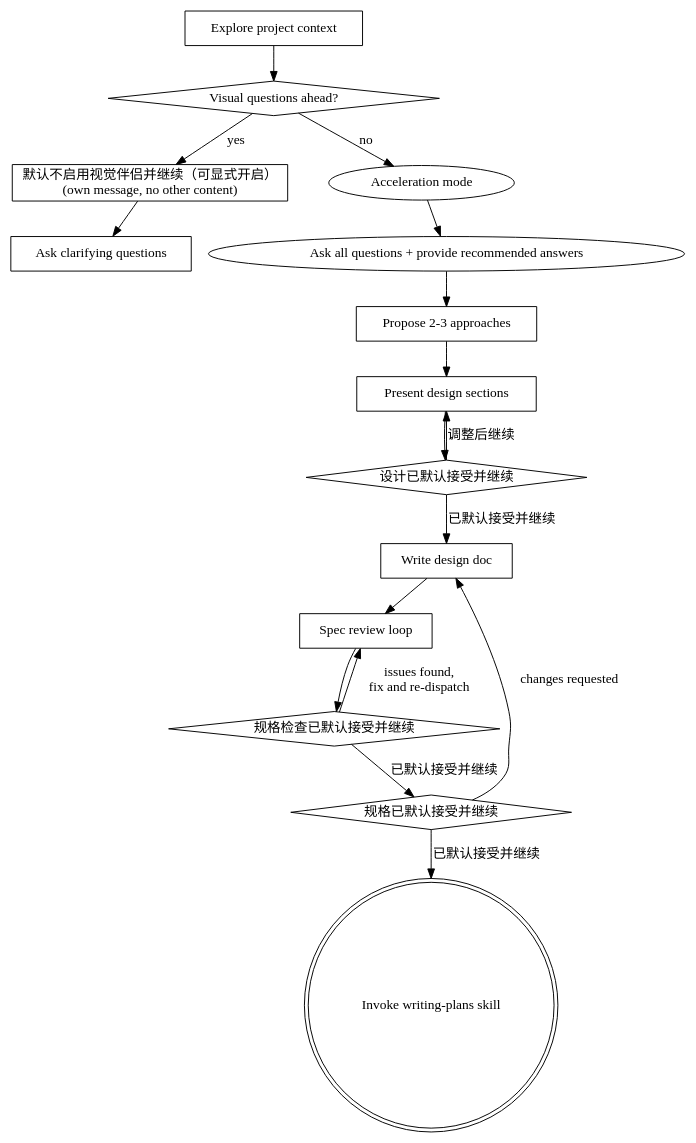
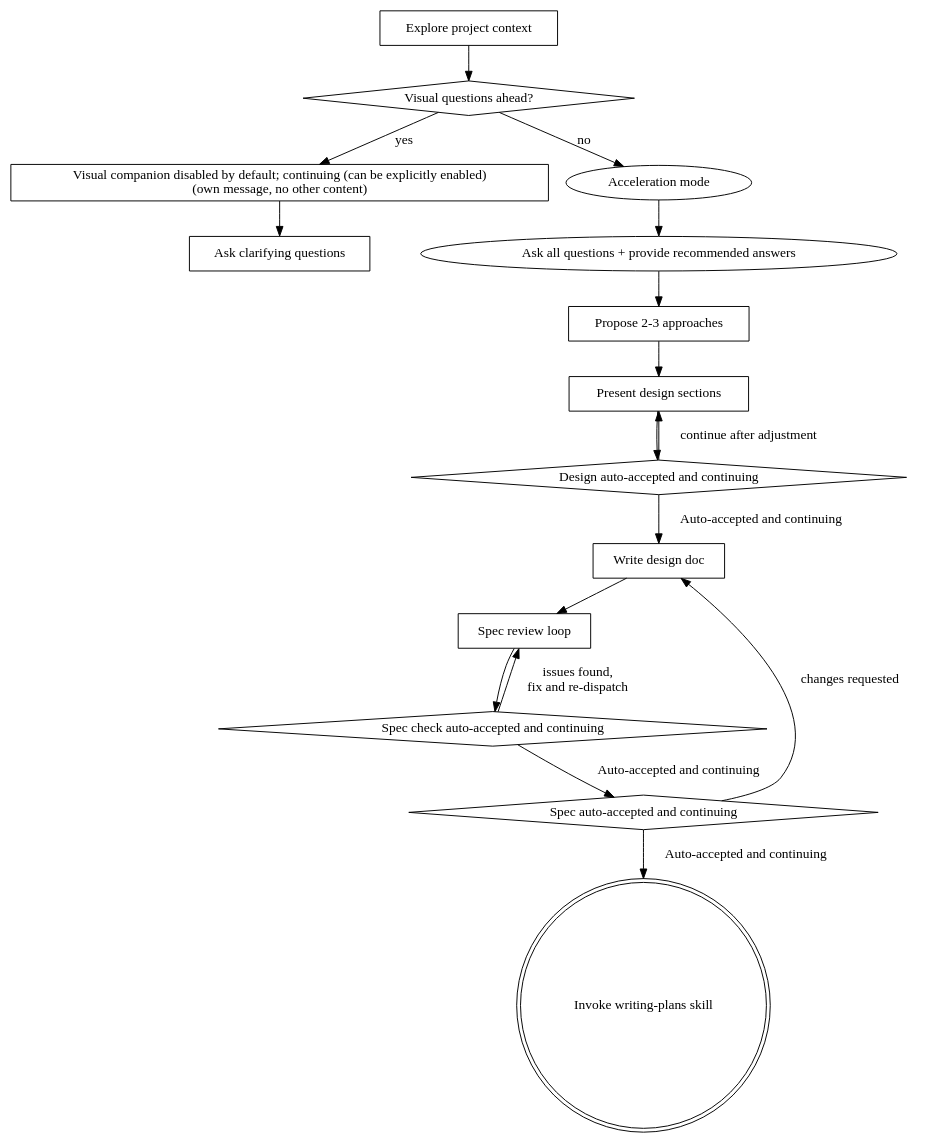
One commit to ShakaRover/superpowers changed the diagram in skills/brainstorming/SKILL.md. Above: the diagram before and after it, drawn with Graphviz. The commit also changed other lines of this file and 13 other files, not shown here.

````diff
--- a/skills/brainstorming/SKILL.md
+++ b/skills/brainstorming/SKILL.md
@@ -55,33 +55,33 @@
 ```dot
 digraph brainstorming {
     "Explore project context" [shape=box];
     "Visual questions ahead?" [shape=diamond];
-    "默认不启用视觉伴侣并继续（可显式开启）\n(own message, no other content)" [shape=box];
+    "Visual companion disabled by default; continuing (can be explicitly enabled)\n(own message, no other content)" [shape=box];
     "Ask clarifying questions" [shape=box];
     "Propose 2-3 approaches" [shape=box];
     "Present design sections" [shape=box];
-    "设计已默认接受并继续" [shape=diamond];
+    "Design auto-accepted and continuing" [shape=diamond];
     "Write design doc" [shape=box];
     "Spec review loop" [shape=box];
-    "规格检查已默认接受并继续" [shape=diamond];
-    "规格已默认接受并继续" [shape=diamond];
+    "Spec check auto-accepted and continuing" [shape=diamond];
+    "Spec auto-accepted and continuing" [shape=diamond];
     "Invoke writing-plans skill" [shape=doublecircle];
 
     "Explore project context" -> "Visual questions ahead?";
-    "Visual questions ahead?" -> "默认不启用视觉伴侣并继续（可显式开启）\n(own message, no other content)" [label="yes"];
+    "Visual questions ahead?" -> "Visual companion disabled by default; continuing (can be explicitly enabled)\n(own message, no other content)" [label="yes"];
     "Visual questions ahead?" -> "Acceleration mode" [label="no"];
-    "默认不启用视觉伴侣并继续（可显式开启）\n(own message, no other content)" -> "Ask clarifying questions";
+    "Visual companion disabled by default; continuing (can be explicitly enabled)\n(own message, no other content)" -> "Ask clarifying questions";
     "Acceleration mode" -> "Ask all questions + provide recommended answers";
     "Ask all questions + provide recommended answers" -> "Propose 2-3 approaches";
     "Propose 2-3 approaches" -> "Present design sections";
-    "Present design sections" -> "设计已默认接受并继续";
-    "设计已默认接受并继续" -> "Present design sections" [label="调整后继续"];
-    "设计已默认接受并继续" -> "Write design doc" [label="已默认接受并继续"];
+    "Present design sections" -> "Design auto-accepted and continuing";
+    "Design auto-accepted and continuing" -> "Present design sections" [label="continue after adjustment"];
+    "Design auto-accepted and continuing" -> "Write design doc" [label="Auto-accepted and continuing"];
     "Write design doc" -> "Spec review loop";
-    "Spec review loop" -> "规格检查已默认接受并继续";
-    "规格检查已默认接受并继续" -> "Spec review loop" [label="issues found,\nfix and re-dispatch"];
-    "规格检查已默认接受并继续" -> "规格已默认接受并继续" [label="已默认接受并继续"];
-    "规格已默认接受并继续" -> "Write design doc" [label="changes requested"];
-    "规格已默认接受并继续" -> "Invoke writing-plans skill" [label="已默认接受并继续"];
+    "Spec review loop" -> "Spec check auto-accepted and continuing";
+    "Spec check auto-accepted and continuing" -> "Spec review loop" [label="issues found,\nfix and re-dispatch"];
+    "Spec check auto-accepted and continuing" -> "Spec auto-accepted and continuing" [label="Auto-accepted and continuing"];
+    "Spec auto-accepted and continuing" -> "Write design doc" [label="changes requested"];
+    "Spec auto-accepted and continuing" -> "Invoke writing-plans skill" [label="Auto-accepted and continuing"];
 }
 ```
````
